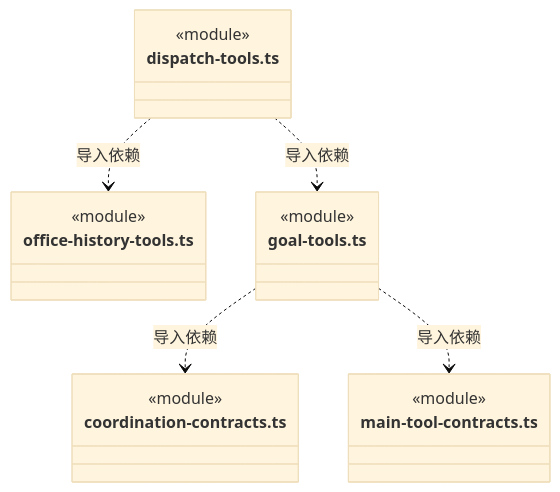
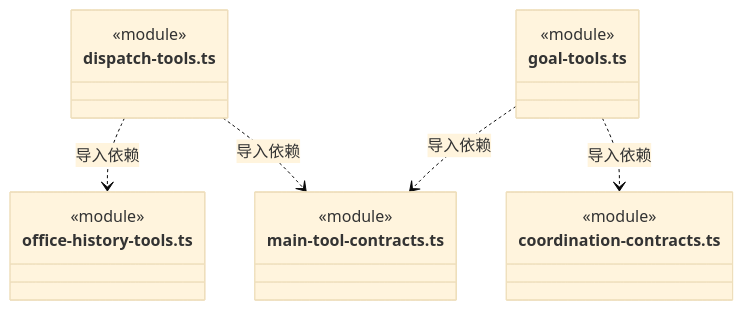
One commit to nan023062/cbim changed diagram 23 of 24 in src/logic/tools/runtime/ARCHITECTURE.md. Above: the diagram before and after it, drawn with Mermaid (base theme). The commit also changed other lines of this file and 112 other files, not shown here.

Commit message:
docs: align source architecture with current declarations and contracts

````diff
--- a/src/logic/tools/runtime/ARCHITECTURE.md
+++ b/src/logic/tools/runtime/ARCHITECTURE.md
@@ -851,22 +851,22 @@
 ```mermaid
 classDiagram
 class N_src_logic_tools_runtime_dispatch_tools_ts["dispatch-tools.ts"] {
+  <<module>>
+}
+class N_src_logic_tools_runtime_main_tool_contracts_ts["main-tool-contracts.ts"] {
   <<module>>
 }
 class N_src_logic_tools_runtime_office_history_tools_ts["office-history-tools.ts"] {
   <<module>>
 }
 class N_src_logic_tools_runtime_goal_tools_ts["goal-tools.ts"] {
   <<module>>
 }
 class N_src_logic_tools_runtime_coordination_contracts_ts["coordination-contracts.ts"] {
   <<module>>
 }
-class N_src_logic_tools_runtime_main_tool_contracts_ts["main-tool-contracts.ts"] {
-  <<module>>
-}
+N_src_logic_tools_runtime_dispatch_tools_ts ..> N_src_logic_tools_runtime_main_tool_contracts_ts : 导入依赖
 N_src_logic_tools_runtime_dispatch_tools_ts ..> N_src_logic_tools_runtime_office_history_tools_ts : 导入依赖
-N_src_logic_tools_runtime_dispatch_tools_ts ..> N_src_logic_tools_runtime_goal_tools_ts : 导入依赖
 N_src_logic_tools_runtime_goal_tools_ts ..> N_src_logic_tools_runtime_coordination_contracts_ts : 导入依赖
 N_src_logic_tools_runtime_goal_tools_ts ..> N_src_logic_tools_runtime_main_tool_contracts_ts : 导入依赖
 ```
````
